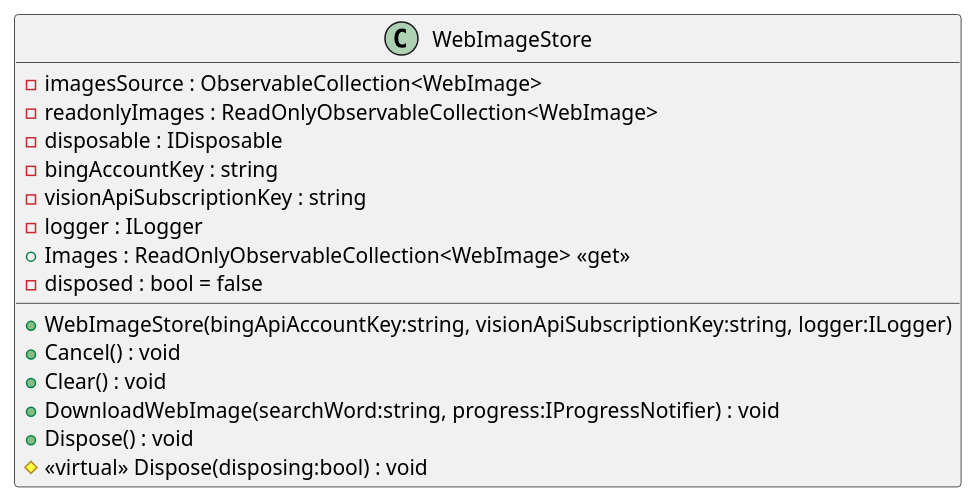
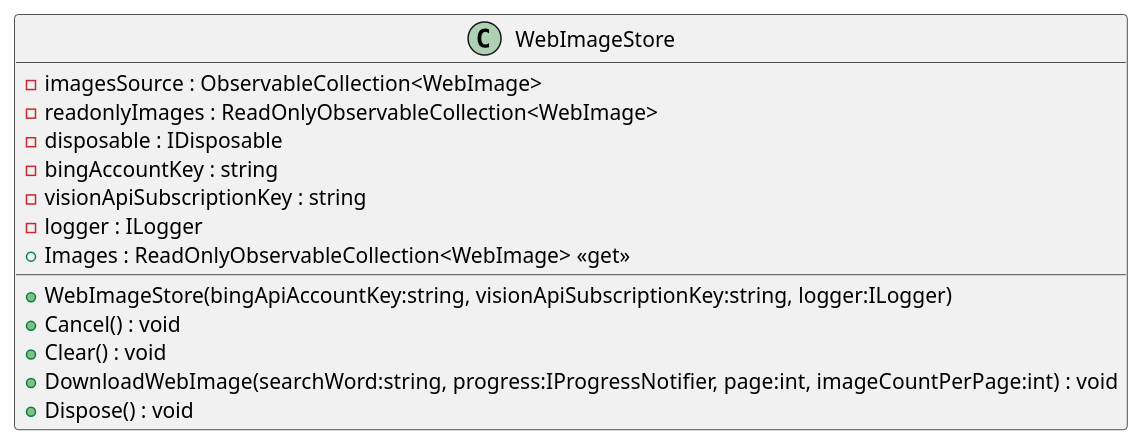
The diagram in uml/ClassDiagrams/Models/WebImageStore.plantuml (pierre3/ReactiveBingViewer), drawn with PlantUML before and after one commit. The commit also changed 6 other files, not shown here.

```diff
--- a/uml/ClassDiagrams/Models/WebImageStore.plantuml
+++ b/uml/ClassDiagrams/Models/WebImageStore.plantuml
@@ -1,16 +1,14 @@
 class WebImageStore {
     - imagesSource : ObservableCollection<WebImage>
     - readonlyImages : ReadOnlyObservableCollection<WebImage>
     - disposable : IDisposable
     - bingAccountKey : string
     - visionApiSubscriptionKey : string
     - logger : ILogger
     + Images : ReadOnlyObservableCollection<WebImage> <<get>>
     + WebImageStore(bingApiAccountKey:string, visionApiSubscriptionKey:string, logger:ILogger)
     + Cancel() : void
     + Clear() : void
-    + DownloadWebImage(searchWord:string, progress:IProgressNotifier) : void
+    + DownloadWebImage(searchWord:string, progress:IProgressNotifier, page:int, imageCountPerPage:int) : void
     + Dispose() : void
-    # <<virtual>> Dispose(disposing:bool) : void
-    - disposed : bool = false
 }
```
